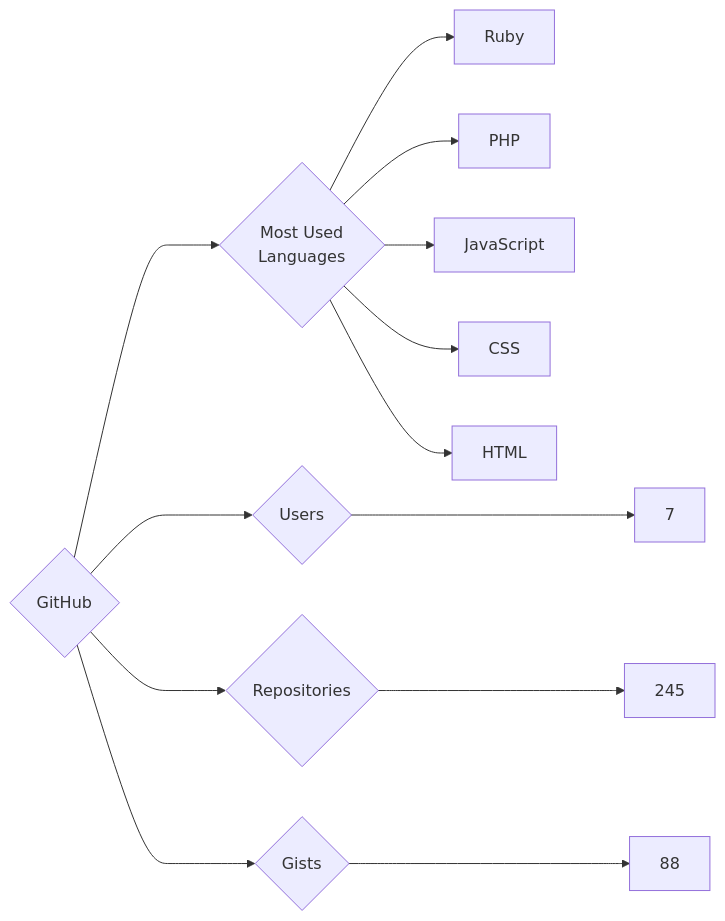
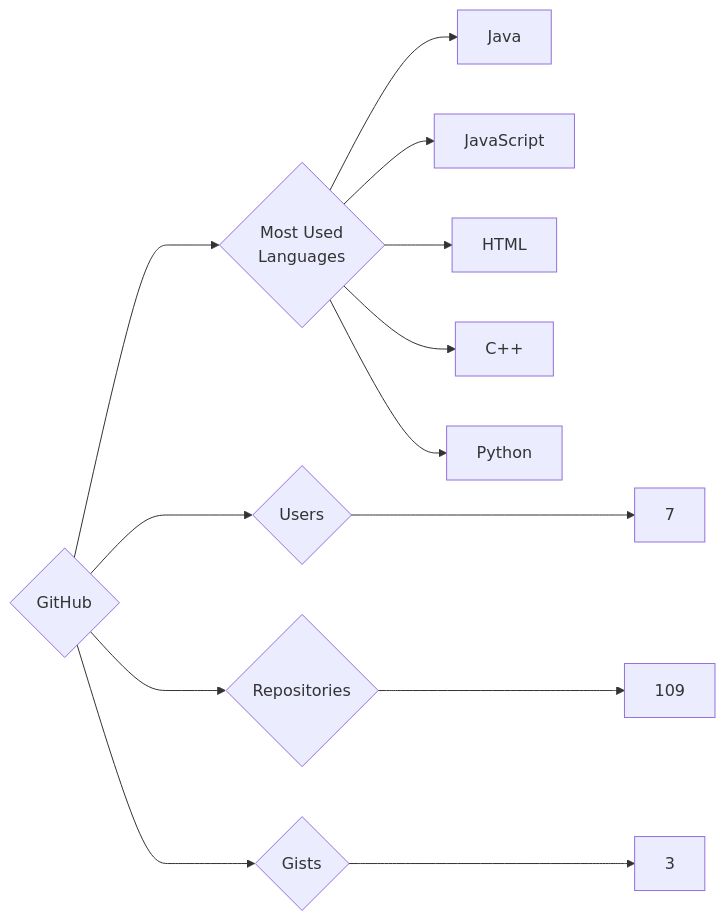
Before and after one commit to trickest/insiders: the diagram in targets/GitHub/README.md, drawn with Mermaid. The commit also changed 840 other files, not shown here.

````diff
--- a/targets/GitHub/README.md
+++ b/targets/GitHub/README.md
@@ -3,13 +3,13 @@
 ```mermaid
 graph LR
 COMPANY_NAME{GitHub}
 COMPANY_NAME ---> U{Users} ---> UN[7]
-COMPANY_NAME ---> R{Repositories} ---> RN[245]
-COMPANY_NAME ---> G{Gists} ---> GN[88]
+COMPANY_NAME ---> R{Repositories} ---> RN[109]
+COMPANY_NAME ---> G{Gists} ---> GN[3]
 COMPANY_NAME ---> ML{Most Used<br>Languages}
-ML --> Ruby[Ruby]
-ML --> PHP[PHP]
+ML --> Java[Java]
 ML --> JavaScript[JavaScript]
-ML --> CSS[CSS]
 ML --> HTML[HTML]
+ML --> C++[C++]
+ML --> Python[Python]
 ```
````
